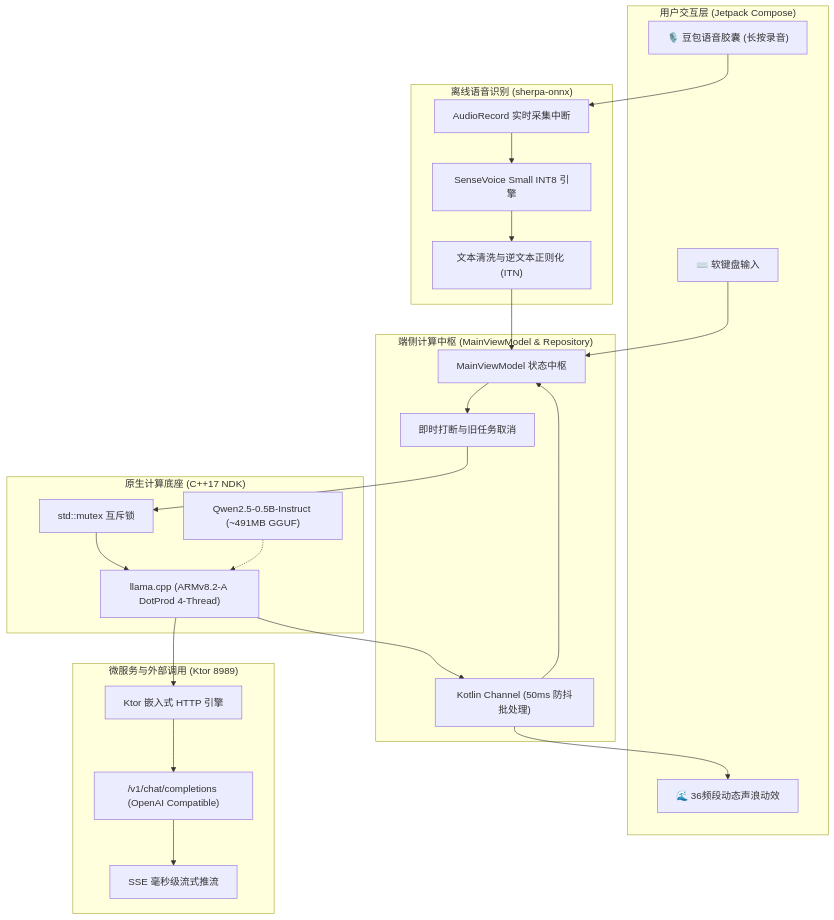
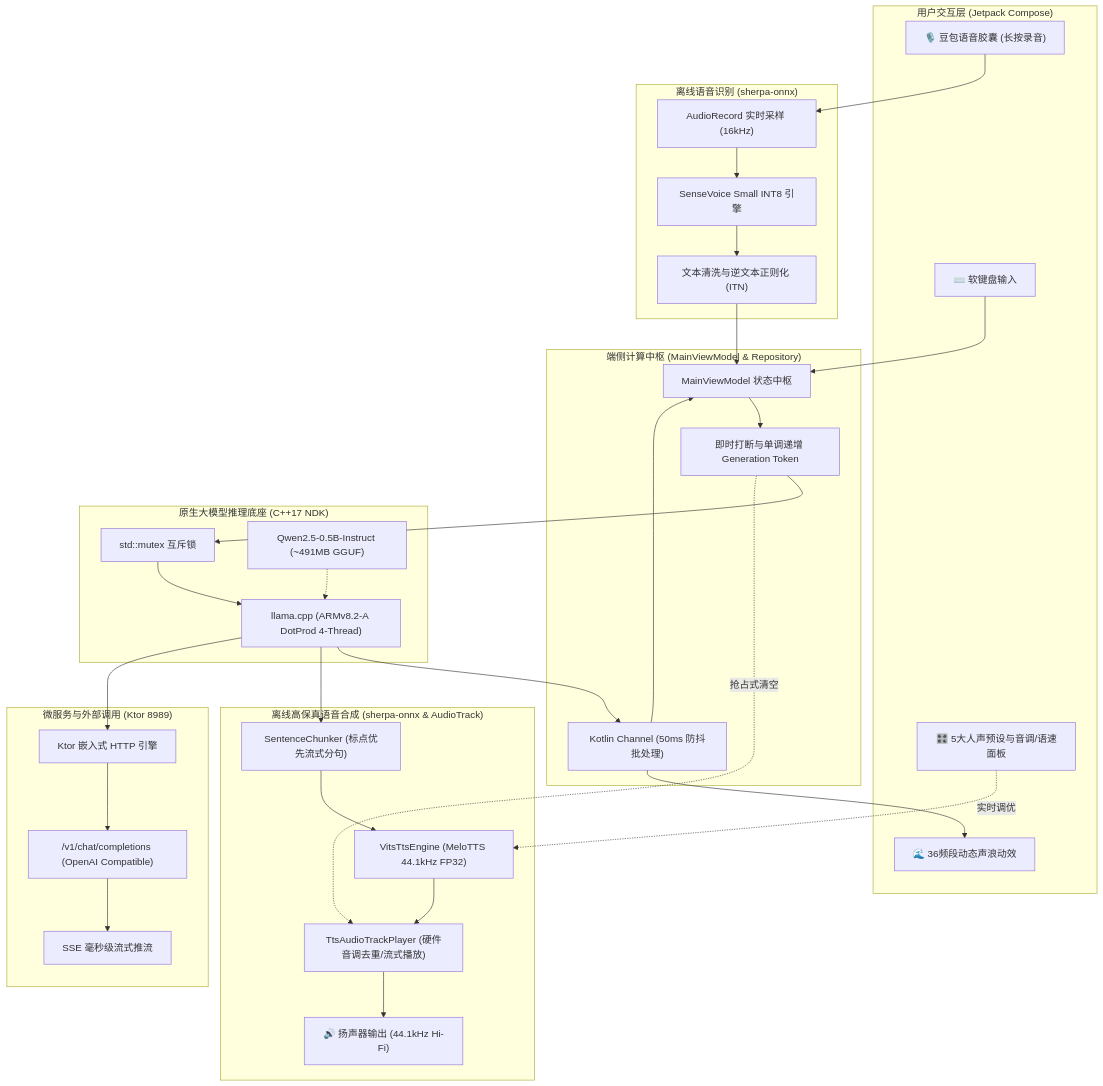
Before and after one commit to wuxinxi/sense-assistant: the diagram in README.md, drawn with Mermaid. The commit also changed other lines of this file, not shown here.

First line of the commit message:
feat(tts): 集成 MeloTTS 44.1kHz 高保真语音合成引擎

````diff
--- a/README.md
+++ b/README.md
@@ -56,39 +63,50 @@
 ```mermaid
 flowchart TD
     subgraph Input["用户交互层 (Jetpack Compose)"]
         UI_Voice["🎙️ 豆包语音胶囊 (长按录音)"]
         UI_Text["⌨️ 软键盘输入"]
         UI_Wave["🌊 36频段动态声浪动效"]
+        UI_Tuning["🎛️ 5大人声预设与音调/语速面板"]
     end
 
     subgraph ASR["离线语音识别 (sherpa-onnx)"]
-        ASR_Record["AudioRecord 实时采集中断"]
+        ASR_Record["AudioRecord 实时采样 (16kHz)"]
         ASR_Engine["SenseVoice Small INT8 引擎"]
         ASR_Result["文本清洗与逆文本正则化 (ITN)"]
     end
 
     subgraph Core["端侧计算中枢 (MainViewModel & Repository)"]
         VM["MainViewModel 状态中枢"]
-        Interrupt["即时打断与旧任务取消"]
+        Interrupt["即时打断与单调递增 Generation Token"]
         Channel["Kotlin Channel<String> (50ms 防抖批处理)"]
     end
 
-    subgraph Native["原生计算底座 (C++17 NDK)"]
+    subgraph Native["原生大模型推理底座 (C++17 NDK)"]
         Mutex["std::mutex 互斥锁"]
         Llama["llama.cpp (ARMv8.2-A DotProd 4-Thread)"]
         Qwen["Qwen2.5-0.5B-Instruct (~491MB GGUF)"]
+    end
+
+    subgraph TTS["离线高保真语音合成 (sherpa-onnx & AudioTrack)"]
+        Chunker["SentenceChunker (标点优先流式分句)"]
+        VitsEngine["VitsTtsEngine (MeloTTS 44.1kHz FP32)"]
+        TrackPlayer["TtsAudioTrackPlayer (硬件音调去重/流式播放)"]
+        Speaker["🔊 扬声器输出 (44.1kHz Hi-Fi)"]
     end
 
     subgraph Service["微服务与外部调用 (Ktor 8989)"]
         Ktor["Ktor 嵌入式 HTTP 引擎"]
         OpenAI["/v1/chat/completions (OpenAI Compatible)"]
         SSE["SSE 毫秒级流式推流"]
     end
 
     UI_Voice --> ASR_Record --> ASR_Engine --> ASR_Result --> VM
     UI_Text --> VM
+    UI_Tuning -. 实时调优 .-> VitsEngine
     VM --> Interrupt --> Mutex --> Llama
+    Interrupt -. 抢占式清空 .-> TrackPlayer
     Qwen -.-> Llama
     Llama --> Channel --> UI_Wave & VM
+    Llama --> Chunker --> VitsEngine --> TrackPlayer --> Speaker
     Llama --> Ktor --> OpenAI --> SSE
 ```
````
